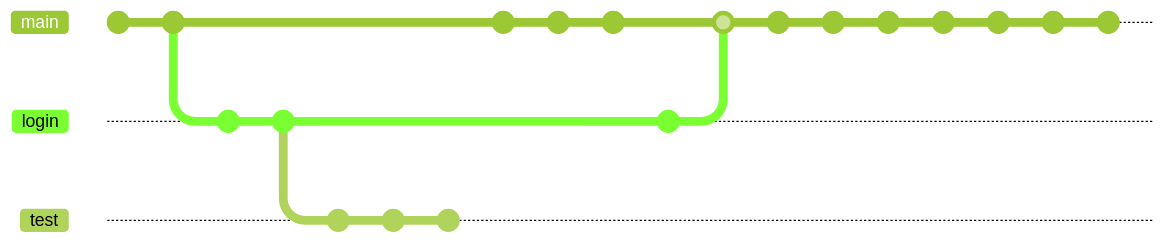
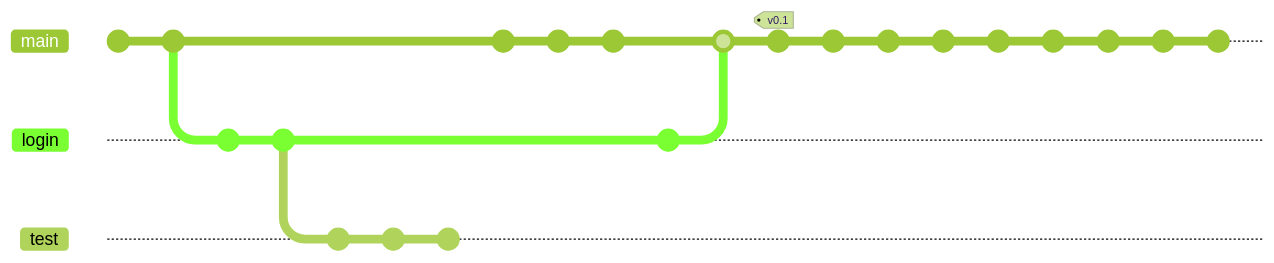
The diagram in README.md (cychitivav/git-training), drawn with Mermaid (forest theme) before and after one commit. The commit also changed other lines of this file, not shown here. Commit ids are hidden.

````diff
--- a/README.md
+++ b/README.md
@@ -116,27 +152,29 @@
 ```mermaid
 gitGraph
     commit id: "First"
     commit
     branch login
     commit
     commit
     branch test
     commit
     commit
     commit
     checkout main
     commit
     commit
     commit
     checkout login
     commit
     checkout main
     merge login
+    commit tag: "v0.1"
+    commit
     commit
     commit
     commit
     commit
     commit
     commit
     commit
 ```
````
